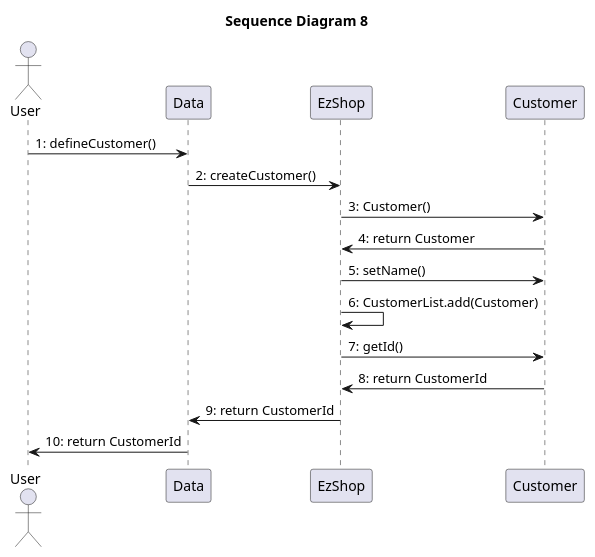
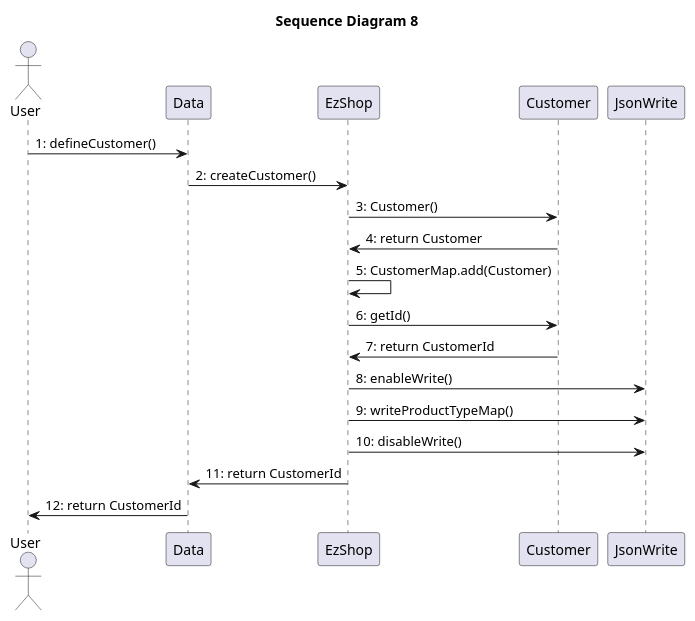
The tenth of 15 diagrams in Deliverables/DesignDocument.md (paolotron/EzshoProject31), drawn with PlantUML before and after one commit. The commit also changed other lines of this file, not shown here.

````diff
--- a/Deliverables/DesignDocument.md
+++ b/Deliverables/DesignDocument.md
@@ -468,20 +462,23 @@
 ``` plantuml
 @startuml
 title "Sequence Diagram 8"
 actor User as U1
 participant Data
 participant EzShop
 participant Customer 
+participant JsonWrite as JW
 
 U1->Data: 1: defineCustomer()
 Data->EzShop: 2: createCustomer()
 EzShop->Customer: 3: Customer()
 Customer->EzShop: 4: return Customer
-EzShop->Customer: 5: setName()
-EzShop->EzShop: 6: CustomerList.add(Customer)
-EzShop->Customer: 7: getId()
-Customer->EzShop: 8: return CustomerId
-EzShop->Data: 9: return CustomerId
-Data->U1: 10: return CustomerId
+EzShop->EzShop: 5: CustomerMap.add(Customer)
+EzShop->Customer: 6: getId()
+Customer->EzShop: 7: return CustomerId
+EzShop -> JW: 8: enableWrite()
+EzShop -> JW: 9: writeProductTypeMap()
+EzShop -> JW: 10: disableWrite()
+EzShop->Data: 11: return CustomerId
+Data->U1: 12: return CustomerId
 @enduml
 ```
````
